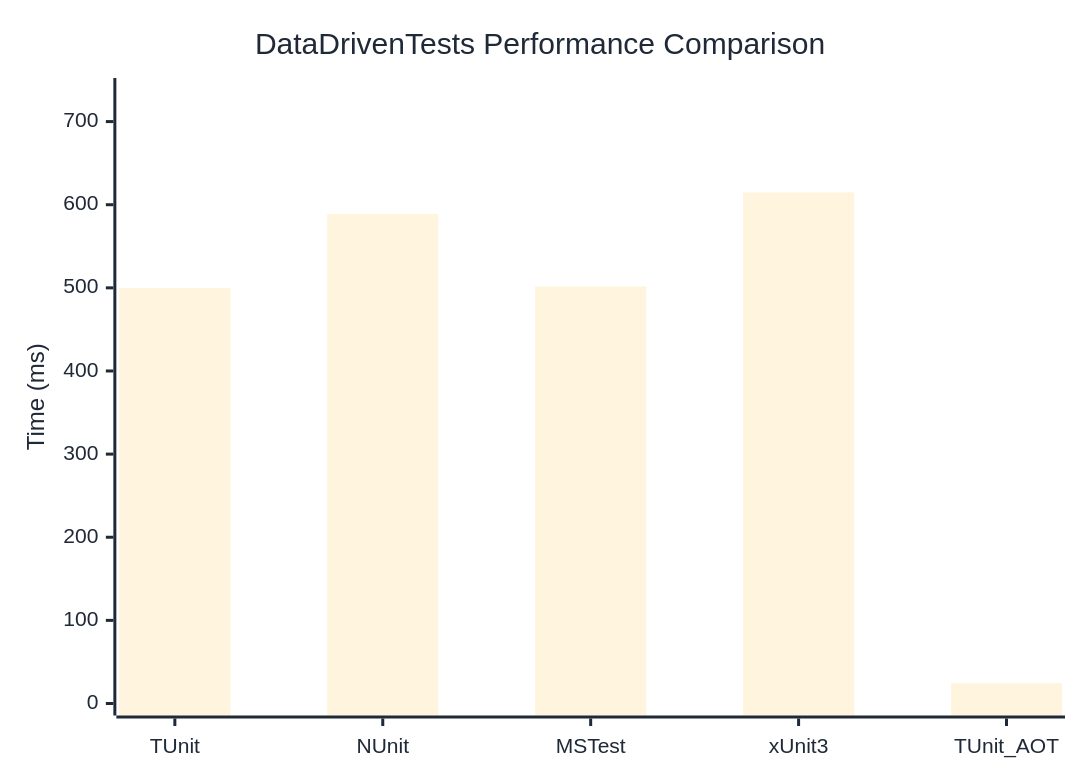
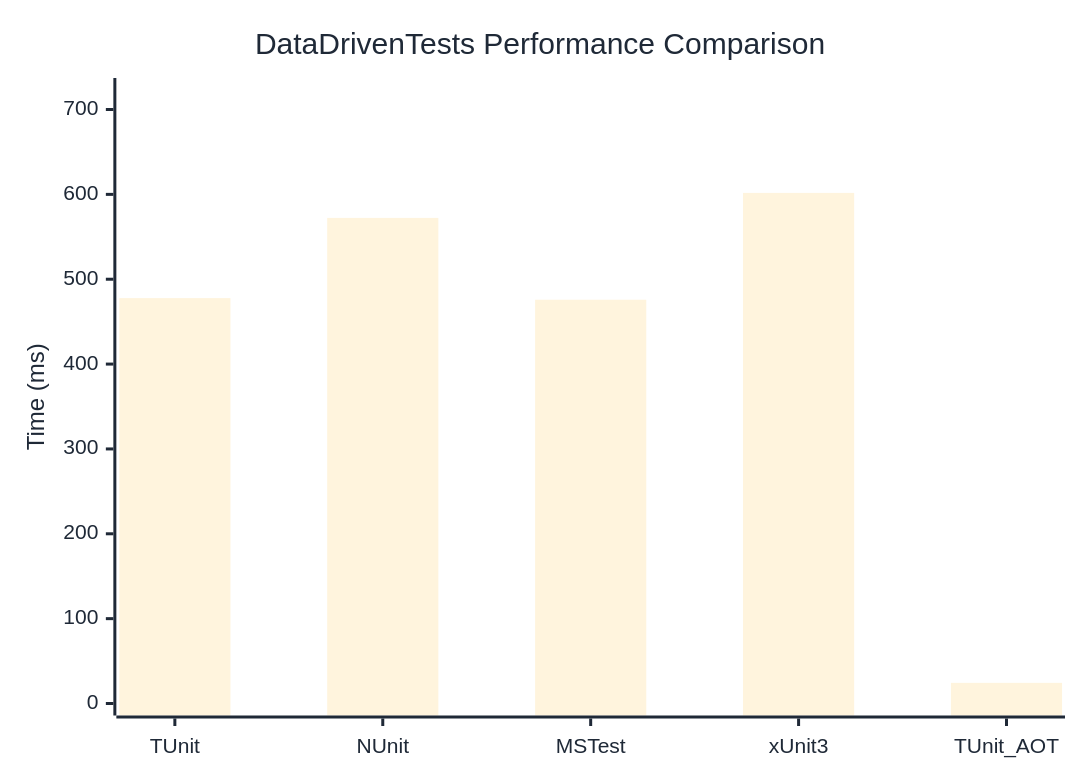
One commit to thomhurst/TUnit changed the diagram in docs/docs/benchmarks/DataDrivenTests.md. Above: the diagram before and after it, drawn with Mermaid. The commit also changed other lines of this file and 17 other files, not shown here.

````diff
--- a/docs/docs/benchmarks/DataDrivenTests.md
+++ b/docs/docs/benchmarks/DataDrivenTests.md
@@ -27,37 +27,37 @@
 ```mermaid
 %%{init: {
   'theme':'base',
   'themeVariables': {
     'primaryColor': '#2563eb',
     'primaryTextColor': '#1f2937',
     'primaryBorderColor': '#1e40af',
     'lineColor': '#6b7280',
     'secondaryColor': '#7c3aed',
     'tertiaryColor': '#dc2626',
     'background': '#ffffff',
     'mainBkg': '#2563eb',
     'secondBkg': '#7c3aed',
     'tertiaryBkg': '#dc2626',
     'clusterBkg': '#f3f4f6',
     'edgeLabelBackground': '#ffffff',
     'tertiaryTextColor': '#1f2937',
     'pie1': '#2563eb',
     'pie2': '#7c3aed',
     'pie3': '#dc2626',
     'pie4': '#f59e0b',
     'pie5': '#10b981',
     'pie6': '#06b6d4',
     'pie7': '#ec4899',
     'pie8': '#6366f1',
     'pie9': '#84cc16',
     'pie10': '#f97316',
     'pie11': '#14b8a6',
     'pie12': '#a855f7'
   }
 }}%%
 xychart-beta
   title "DataDrivenTests Performance Comparison"
   x-axis ["TUnit", "NUnit", "MSTest", "xUnit3", "TUnit_AOT"]
-  y-axis "Time (ms)" 0 --> 738
-  bar [499.86, 588.81, 501.69, 614.83, 24.4]
+  y-axis "Time (ms)" 0 --> 723
+  bar [477.77, 572.28, 475.82, 601.72, 24.35]
 ```
````
